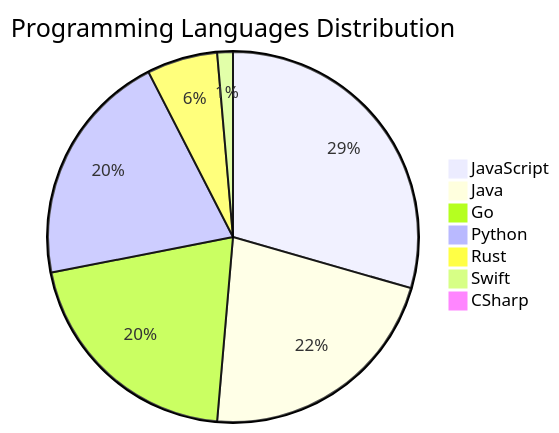
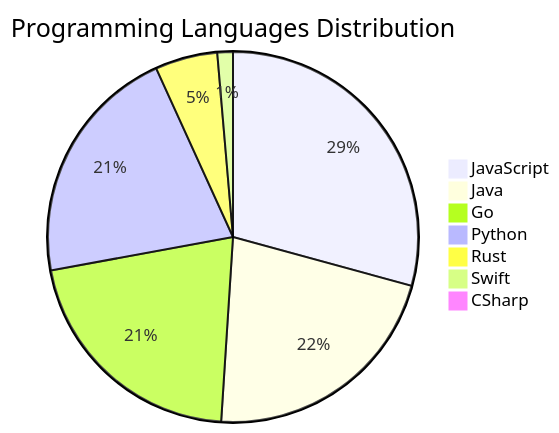
Before and after one commit to Derrick-MUGISHA/github-activity-bot: the diagram in README.md, drawn with Mermaid. The commit also changed other lines of this file and 4 other files, not shown here.

````diff
--- a/README.md
+++ b/README.md
@@ -207,10 +207,10 @@
 ```mermaid
 pie title Programming Languages Distribution
     "JavaScript" : 43
     "Java" : 32
-    "Go" : 30
-    "Python" : 30
-    "Rust" : 9
+    "Go" : 31
+    "Python" : 31
+    "Rust" : 8
     "Swift" : 2
     "CSharp" : 1
 ```
````
